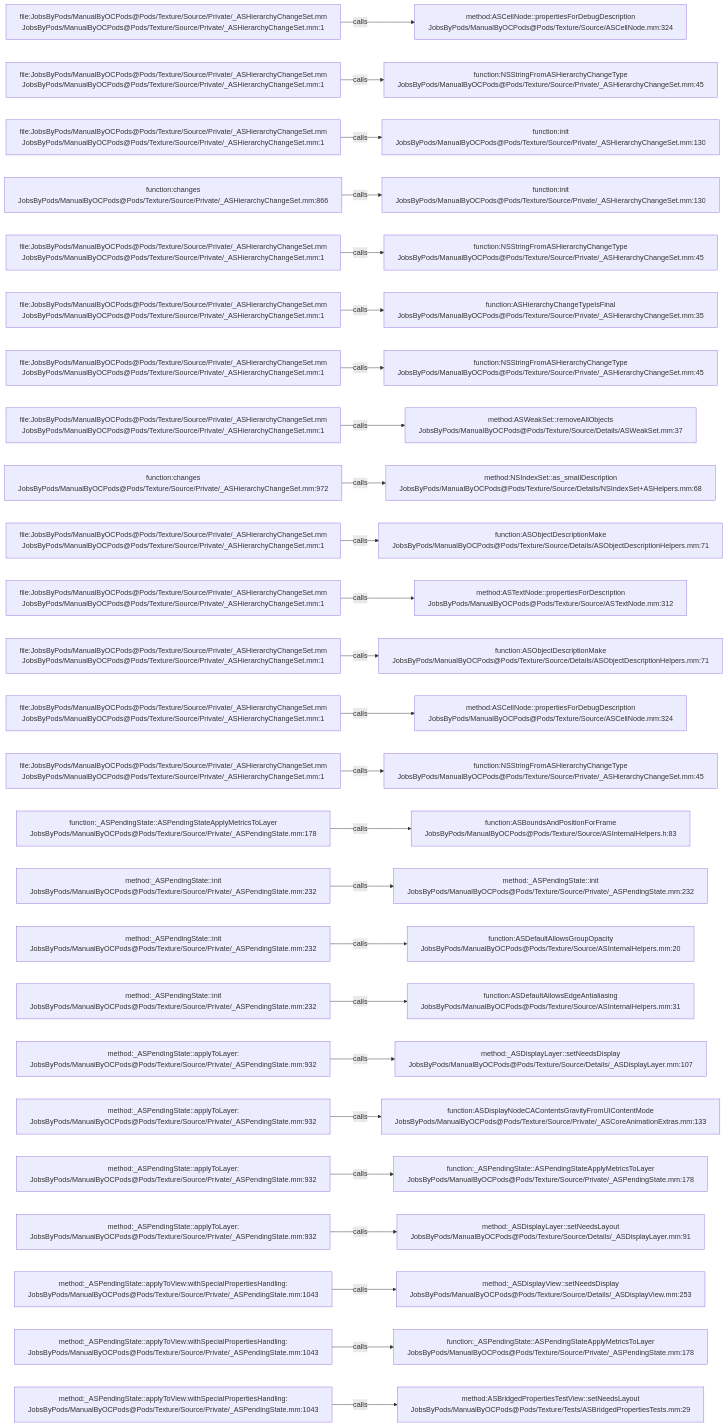
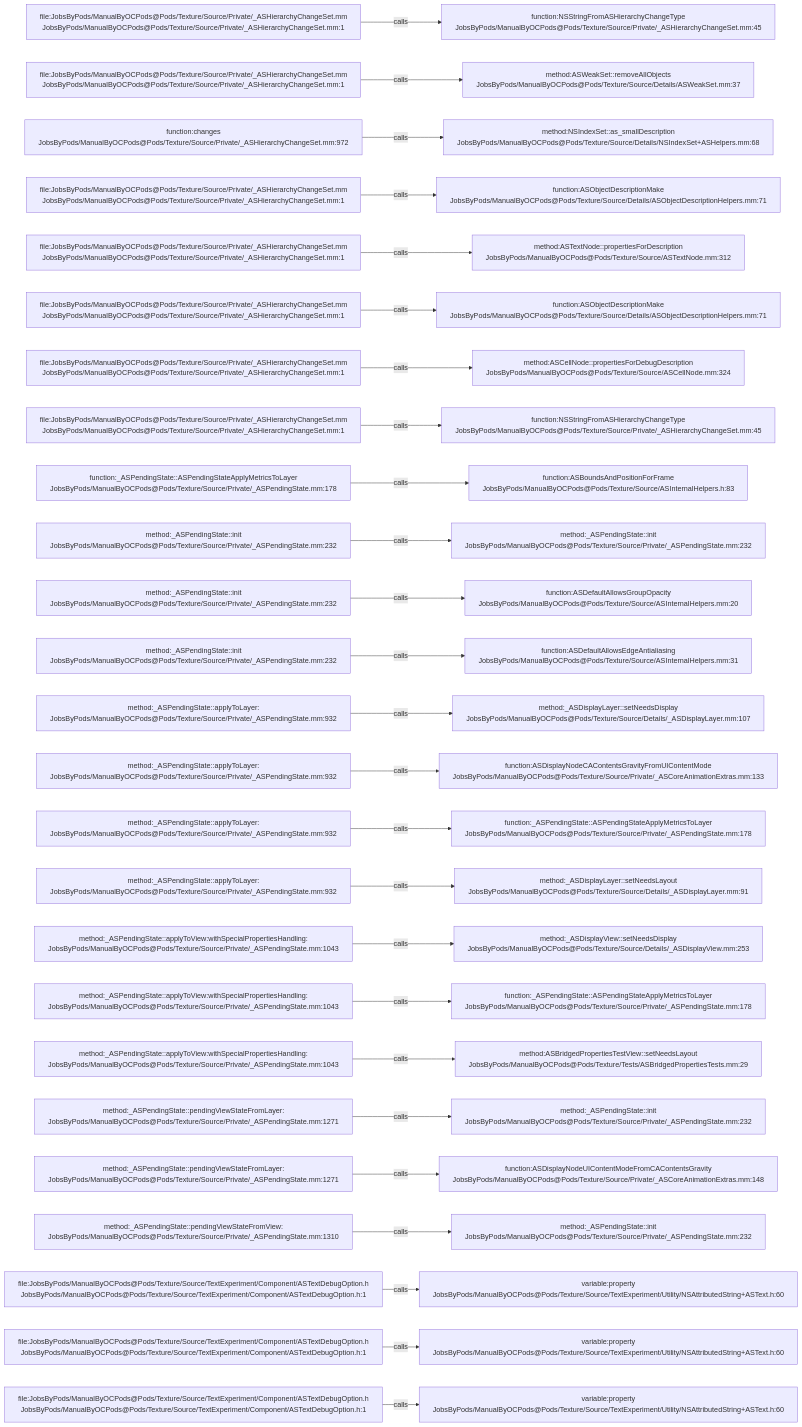
One commit to JobsKits/JobsOCBaseConfigDemo changed the diagram in .codegraph/codegraph.md/graphs/calls-191.md. Above: the diagram before and after it, drawn with Mermaid. The commit also changed 666 other files, not shown here.

````diff
--- a/.codegraph/codegraph.md/graphs/calls-191.md
+++ b/.codegraph/codegraph.md/graphs/calls-191.md
@@ -13,78 +13,78 @@
 ```mermaid
 flowchart LR
   S1["file:JobsByPods/ManualByOCPods@Pods/Texture/Source/Private/_ASHierarchyChangeSet.mm<br/>JobsByPods/ManualByOCPods@Pods/Texture/Source/Private/_ASHierarchyChangeSet.mm:1"]
-  T1["method:ASCellNode::propertiesForDebugDescription<br/>JobsByPods/ManualByOCPods@Pods/Texture/Source/ASCellNode.mm:324"]
+  T1["function:NSStringFromASHierarchyChangeType<br/>JobsByPods/ManualByOCPods@Pods/Texture/Source/Private/_ASHierarchyChangeSet.mm:45"]
   S1 -->|calls| T1
   S2["file:JobsByPods/ManualByOCPods@Pods/Texture/Source/Private/_ASHierarchyChangeSet.mm<br/>JobsByPods/ManualByOCPods@Pods/Texture/Source/Private/_ASHierarchyChangeSet.mm:1"]
-  T2["function:NSStringFromASHierarchyChangeType<br/>JobsByPods/ManualByOCPods@Pods/Texture/Source/Private/_ASHierarchyChangeSet.mm:45"]
+  T2["method:ASWeakSet::removeAllObjects<br/>JobsByPods/ManualByOCPods@Pods/Texture/Source/Details/ASWeakSet.mm:37"]
   S2 -->|calls| T2
-  S3["file:JobsByPods/ManualByOCPods@Pods/Texture/Source/Private/_ASHierarchyChangeSet.mm<br/>JobsByPods/ManualByOCPods@Pods/Texture/Source/Private/_ASHierarchyChangeSet.mm:1"]
-  T3["function:init<br/>JobsByPods/ManualByOCPods@Pods/Texture/Source/Private/_ASHierarchyChangeSet.mm:130"]
+  S3["function:changes<br/>JobsByPods/ManualByOCPods@Pods/Texture/Source/Private/_ASHierarchyChangeSet.mm:972"]
+  T3["method:NSIndexSet::as_smallDescription<br/>JobsByPods/ManualByOCPods@Pods/Texture/Source/Details/NSIndexSet+ASHelpers.mm:68"]
   S3 -->|calls| T3
-  S4["function:changes<br/>JobsByPods/ManualByOCPods@Pods/Texture/Source/Private/_ASHierarchyChangeSet.mm:866"]
-  T4["function:init<br/>JobsByPods/ManualByOCPods@Pods/Texture/Source/Private/_ASHierarchyChangeSet.mm:130"]
+  S4["file:JobsByPods/ManualByOCPods@Pods/Texture/Source/Private/_ASHierarchyChangeSet.mm<br/>JobsByPods/ManualByOCPods@Pods/Texture/Source/Private/_ASHierarchyChangeSet.mm:1"]
+  T4["function:ASObjectDescriptionMake<br/>JobsByPods/ManualByOCPods@Pods/Texture/Source/Details/ASObjectDescriptionHelpers.mm:71"]
   S4 -->|calls| T4
   S5["file:JobsByPods/ManualByOCPods@Pods/Texture/Source/Private/_ASHierarchyChangeSet.mm<br/>JobsByPods/ManualByOCPods@Pods/Texture/Source/Private/_ASHierarchyChangeSet.mm:1"]
-  T5["function:NSStringFromASHierarchyChangeType<br/>JobsByPods/ManualByOCPods@Pods/Texture/Source/Private/_ASHierarchyChangeSet.mm:45"]
+  T5["method:ASTextNode::propertiesForDescription<br/>JobsByPods/ManualByOCPods@Pods/Texture/Source/ASTextNode.mm:312"]
   S5 -->|calls| T5
   S6["file:JobsByPods/ManualByOCPods@Pods/Texture/Source/Private/_ASHierarchyChangeSet.mm<br/>JobsByPods/ManualByOCPods@Pods/Texture/Source/Private/_ASHierarchyChangeSet.mm:1"]
-  T6["function:ASHierarchyChangeTypeIsFinal<br/>JobsByPods/ManualByOCPods@Pods/Texture/Source/Private/_ASHierarchyChangeSet.mm:35"]
+  T6["function:ASObjectDescriptionMake<br/>JobsByPods/ManualByOCPods@Pods/Texture/Source/Details/ASObjectDescriptionHelpers.mm:71"]
   S6 -->|calls| T6
   S7["file:JobsByPods/ManualByOCPods@Pods/Texture/Source/Private/_ASHierarchyChangeSet.mm<br/>JobsByPods/ManualByOCPods@Pods/Texture/Source/Private/_ASHierarchyChangeSet.mm:1"]
-  T7["function:NSStringFromASHierarchyChangeType<br/>JobsByPods/ManualByOCPods@Pods/Texture/Source/Private/_ASHierarchyChangeSet.mm:45"]
+  T7["method:ASCellNode::propertiesForDebugDescription<br/>JobsByPods/ManualByOCPods@Pods/Texture/Source/ASCellNode.mm:324"]
   S7 -->|calls| T7
   S8["file:JobsByPods/ManualByOCPods@Pods/Texture/Source/Private/_ASHierarchyChangeSet.mm<br/>JobsByPods/ManualByOCPods@Pods/Texture/Source/Private/_ASHierarchyChangeSet.mm:1"]
-  T8["method:ASWeakSet::removeAllObjects<br/>JobsByPods/ManualByOCPods@Pods/Texture/Source/Details/ASWeakSet.mm:37"]
+  T8["function:NSStringFromASHierarchyChangeType<br/>JobsByPods/ManualByOCPods@Pods/Texture/Source/Private/_ASHierarchyChangeSet.mm:45"]
   S8 -->|calls| T8
-  S9["function:changes<br/>JobsByPods/ManualByOCPods@Pods/Texture/Source/Private/_ASHierarchyChangeSet.mm:972"]
-  T9["method:NSIndexSet::as_smallDescription<br/>JobsByPods/ManualByOCPods@Pods/Texture/Source/Details/NSIndexSet+ASHelpers.mm:68"]
+  S9["function:_ASPendingState::ASPendingStateApplyMetricsToLayer<br/>JobsByPods/ManualByOCPods@Pods/Texture/Source/Private/_ASPendingState.mm:178"]
+  T9["function:ASBoundsAndPositionForFrame<br/>JobsByPods/ManualByOCPods@Pods/Texture/Source/ASInternalHelpers.h:83"]
   S9 -->|calls| T9
-  S10["file:JobsByPods/ManualByOCPods@Pods/Texture/Source/Private/_ASHierarchyChangeSet.mm<br/>JobsByPods/ManualByOCPods@Pods/Texture/Source/Private/_ASHierarchyChangeSet.mm:1"]
-  T10["function:ASObjectDescriptionMake<br/>JobsByPods/ManualByOCPods@Pods/Texture/Source/Details/ASObjectDescriptionHelpers.mm:71"]
+  S10["method:_ASPendingState::init<br/>JobsByPods/ManualByOCPods@Pods/Texture/Source/Private/_ASPendingState.mm:232"]
+  T10["method:_ASPendingState::init<br/>JobsByPods/ManualByOCPods@Pods/Texture/Source/Private/_ASPendingState.mm:232"]
   S10 -->|calls| T10
-  S11["file:JobsByPods/ManualByOCPods@Pods/Texture/Source/Private/_ASHierarchyChangeSet.mm<br/>JobsByPods/ManualByOCPods@Pods/Texture/Source/Private/_ASHierarchyChangeSet.mm:1"]
-  T11["method:ASTextNode::propertiesForDescription<br/>JobsByPods/ManualByOCPods@Pods/Texture/Source/ASTextNode.mm:312"]
+  S11["method:_ASPendingState::init<br/>JobsByPods/ManualByOCPods@Pods/Texture/Source/Private/_ASPendingState.mm:232"]
+  T11["function:ASDefaultAllowsGroupOpacity<br/>JobsByPods/ManualByOCPods@Pods/Texture/Source/ASInternalHelpers.mm:20"]
   S11 -->|calls| T11
-  S12["file:JobsByPods/ManualByOCPods@Pods/Texture/Source/Private/_ASHierarchyChangeSet.mm<br/>JobsByPods/ManualByOCPods@Pods/Texture/Source/Private/_ASHierarchyChangeSet.mm:1"]
-  T12["function:ASObjectDescriptionMake<br/>JobsByPods/ManualByOCPods@Pods/Texture/Source/Details/ASObjectDescriptionHelpers.mm:71"]
+  S12["method:_ASPendingState::init<br/>JobsByPods/ManualByOCPods@Pods/Texture/Source/Private/_ASPendingState.mm:232"]
+  T12["function:ASDefaultAllowsEdgeAntialiasing<br/>JobsByPods/ManualByOCPods@Pods/Texture/Source/ASInternalHelpers.mm:31"]
   S12 -->|calls| T12
-  S13["file:JobsByPods/ManualByOCPods@Pods/Texture/Source/Private/_ASHierarchyChangeSet.mm<br/>JobsByPods/ManualByOCPods@Pods/Texture/Source/Private/_ASHierarchyChangeSet.mm:1"]
-  T13["method:ASCellNode::propertiesForDebugDescription<br/>JobsByPods/ManualByOCPods@Pods/Texture/Source/ASCellNode.mm:324"]
+  S13["method:_ASPendingState::applyToLayer:<br/>JobsByPods/ManualByOCPods@Pods/Texture/Source/Private/_ASPendingState.mm:932"]
+  T13["method:_ASDisplayLayer::setNeedsDisplay<br/>JobsByPods/ManualByOCPods@Pods/Texture/Source/Details/_ASDisplayLayer.mm:107"]
   S13 -->|calls| T13
-  S14["file:JobsByPods/ManualByOCPods@Pods/Texture/Source/Private/_ASHierarchyChangeSet.mm<br/>JobsByPods/ManualByOCPods@Pods/Texture/Source/Private/_ASHierarchyChangeSet.mm:1"]
-  T14["function:NSStringFromASHierarchyChangeType<br/>JobsByPods/ManualByOCPods@Pods/Texture/Source/Private/_ASHierarchyChangeSet.mm:45"]
+  S14["method:_ASPendingState::applyToLayer:<br/>JobsByPods/ManualByOCPods@Pods/Texture/Source/Private/_ASPendingState.mm:932"]
+  T14["function:ASDisplayNodeCAContentsGravityFromUIContentMode<br/>JobsByPods/ManualByOCPods@Pods/Texture/Source/Private/_ASCoreAnimationExtras.mm:133"]
   S14 -->|calls| T14
-  S15["function:_ASPendingState::ASPendingStateApplyMetricsToLayer<br/>JobsByPods/ManualByOCPods@Pods/Texture/Source/Private/_ASPendingState.mm:178"]
-  T15["function:ASBoundsAndPositionForFrame<br/>JobsByPods/ManualByOCPods@Pods/Texture/Source/ASInternalHelpers.h:83"]
+  S15["method:_ASPendingState::applyToLayer:<br/>JobsByPods/ManualByOCPods@Pods/Texture/Source/Private/_ASPendingState.mm:932"]
+  T15["function:_ASPendingState::ASPendingStateApplyMetricsToLayer<br/>JobsByPods/ManualByOCPods@Pods/Texture/Source/Private/_ASPendingState.mm:178"]
   S15 -->|calls| T15
-  S16["method:_ASPendingState::init<br/>JobsByPods/ManualByOCPods@Pods/Texture/Source/Private/_ASPendingState.mm:232"]
-  T16["method:_ASPendingState::init<br/>JobsByPods/ManualByOCPods@Pods/Texture/Source/Private/_ASPendingState.mm:232"]
+  S16["method:_ASPendingState::applyToLayer:<br/>JobsByPods/ManualByOCPods@Pods/Texture/Source/Private/_ASPendingState.mm:932"]
+  T16["method:_ASDisplayLayer::setNeedsLayout<br/>JobsByPods/ManualByOCPods@Pods/Texture/Source/Details/_ASDisplayLayer.mm:91"]
   S16 -->|calls| T16
-  S17["method:_ASPendingState::init<br/>JobsByPods/ManualByOCPods@Pods/Texture/Source/Private/_ASPendingState.mm:232"]
-  T17["function:ASDefaultAllowsGroupOpacity<br/>JobsByPods/ManualByOCPods@Pods/Texture/Source/ASInternalHelpers.mm:20"]
+  S17["method:_ASPendingState::applyToView:withSpecialPropertiesHandling:<br/>JobsByPods/ManualByOCPods@Pods/Texture/Source/Private/_ASPendingState.mm:1043"]
+  T17["method:_ASDisplayView::setNeedsDisplay<br/>JobsByPods/ManualByOCPods@Pods/Texture/Source/Details/_ASDisplayView.mm:253"]
   S17 -->|calls| T17
-  S18["method:_ASPendingState::init<br/>JobsByPods/ManualByOCPods@Pods/Texture/Source/Private/_ASPendingState.mm:232"]
-  T18["function:ASDefaultAllowsEdgeAntialiasing<br/>JobsByPods/ManualByOCPods@Pods/Texture/Source/ASInternalHelpers.mm:31"]
+  S18["method:_ASPendingState::applyToView:withSpecialPropertiesHandling:<br/>JobsByPods/ManualByOCPods@Pods/Texture/Source/Private/_ASPendingState.mm:1043"]
+  T18["function:_ASPendingState::ASPendingStateApplyMetricsToLayer<br/>JobsByPods/ManualByOCPods@Pods/Texture/Source/Private/_ASPendingState.mm:178"]
   S18 -->|calls| T18
-  S19["method:_ASPendingState::applyToLayer:<br/>JobsByPods/ManualByOCPods@Pods/Texture/Source/Private/_ASPendingState.mm:932"]
-  T19["method:_ASDisplayLayer::setNeedsDisplay<br/>JobsByPods/ManualByOCPods@Pods/Texture/Source/Details/_ASDisplayLayer.mm:107"]
+  S19["method:_ASPendingState::applyToView:withSpecialPropertiesHandling:<br/>JobsByPods/ManualByOCPods@Pods/Texture/Source/Private/_ASPendingState.mm:1043"]
+  T19["method:ASBridgedPropertiesTestView::setNeedsLayout<br/>JobsByPods/ManualByOCPods@Pods/Texture/Tests/ASBridgedPropertiesTests.mm:29"]
   S19 -->|calls| T19
-  S20["method:_ASPendingState::applyToLayer:<br/>JobsByPods/ManualByOCPods@Pods/Texture/Source/Private/_ASPendingState.mm:932"]
-  T20["function:ASDisplayNodeCAContentsGravityFromUIContentMode<br/>JobsByPods/ManualByOCPods@Pods/Texture/Source/Private/_ASCoreAnimationExtras.mm:133"]
+  S20["method:_ASPendingState::pendingViewStateFromLayer:<br/>JobsByPods/ManualByOCPods@Pods/Texture/Source/Private/_ASPendingState.mm:1271"]
+  T20["method:_ASPendingState::init<br/>JobsByPods/ManualByOCPods@Pods/Texture/Source/Private/_ASPendingState.mm:232"]
   S20 -->|calls| T20
-  S21["method:_ASPendingState::applyToLayer:<br/>JobsByPods/ManualByOCPods@Pods/Texture/Source/Private/_ASPendingState.mm:932"]
-  T21["function:_ASPendingState::ASPendingStateApplyMetricsToLayer<br/>JobsByPods/ManualByOCPods@Pods/Texture/Source/Private/_ASPendingState.mm:178"]
+  S21["method:_ASPendingState::pendingViewStateFromLayer:<br/>JobsByPods/ManualByOCPods@Pods/Texture/Source/Private/_ASPendingState.mm:1271"]
+  T21["function:ASDisplayNodeUIContentModeFromCAContentsGravity<br/>JobsByPods/ManualByOCPods@Pods/Texture/Source/Private/_ASCoreAnimationExtras.mm:148"]
   S21 -->|calls| T21
-  S22["method:_ASPendingState::applyToLayer:<br/>JobsByPods/ManualByOCPods@Pods/Texture/Source/Private/_ASPendingState.mm:932"]
-  T22["method:_ASDisplayLayer::setNeedsLayout<br/>JobsByPods/ManualByOCPods@Pods/Texture/Source/Details/_ASDisplayLayer.mm:91"]
+  S22["method:_ASPendingState::pendingViewStateFromView:<br/>JobsByPods/ManualByOCPods@Pods/Texture/Source/Private/_ASPendingState.mm:1310"]
+  T22["method:_ASPendingState::init<br/>JobsByPods/ManualByOCPods@Pods/Texture/Source/Private/_ASPendingState.mm:232"]
   S22 -->|calls| T22
-  S23["method:_ASPendingState::applyToView:withSpecialPropertiesHandling:<br/>JobsByPods/ManualByOCPods@Pods/Texture/Source/Private/_ASPendingState.mm:1043"]
-  T23["method:_ASDisplayView::setNeedsDisplay<br/>JobsByPods/ManualByOCPods@Pods/Texture/Source/Details/_ASDisplayView.mm:253"]
+  S23["file:JobsByPods/ManualByOCPods@Pods/Texture/Source/TextExperiment/Component/ASTextDebugOption.h<br/>JobsByPods/ManualByOCPods@Pods/Texture/Source/TextExperiment/Component/ASTextDebugOption.h:1"]
+  T23["variable:property<br/>JobsByPods/ManualByOCPods@Pods/Texture/Source/TextExperiment/Utility/NSAttributedString+ASText.h:60"]
   S23 -->|calls| T23
-  S24["method:_ASPendingState::applyToView:withSpecialPropertiesHandling:<br/>JobsByPods/ManualByOCPods@Pods/Texture/Source/Private/_ASPendingState.mm:1043"]
-  T24["function:_ASPendingState::ASPendingStateApplyMetricsToLayer<br/>JobsByPods/ManualByOCPods@Pods/Texture/Source/Private/_ASPendingState.mm:178"]
+  S24["file:JobsByPods/ManualByOCPods@Pods/Texture/Source/TextExperiment/Component/ASTextDebugOption.h<br/>JobsByPods/ManualByOCPods@Pods/Texture/Source/TextExperiment/Component/ASTextDebugOption.h:1"]
+  T24["variable:property<br/>JobsByPods/ManualByOCPods@Pods/Texture/Source/TextExperiment/Utility/NSAttributedString+ASText.h:60"]
   S24 -->|calls| T24
-  S25["method:_ASPendingState::applyToView:withSpecialPropertiesHandling:<br/>JobsByPods/ManualByOCPods@Pods/Texture/Source/Private/_ASPendingState.mm:1043"]
-  T25["method:ASBridgedPropertiesTestView::setNeedsLayout<br/>JobsByPods/ManualByOCPods@Pods/Texture/Tests/ASBridgedPropertiesTests.mm:29"]
+  S25["file:JobsByPods/ManualByOCPods@Pods/Texture/Source/TextExperiment/Component/ASTextDebugOption.h<br/>JobsByPods/ManualByOCPods@Pods/Texture/Source/TextExperiment/Component/ASTextDebugOption.h:1"]
+  T25["variable:property<br/>JobsByPods/ManualByOCPods@Pods/Texture/Source/TextExperiment/Utility/NSAttributedString+ASText.h:60"]
   S25 -->|calls| T25
 ```
````
